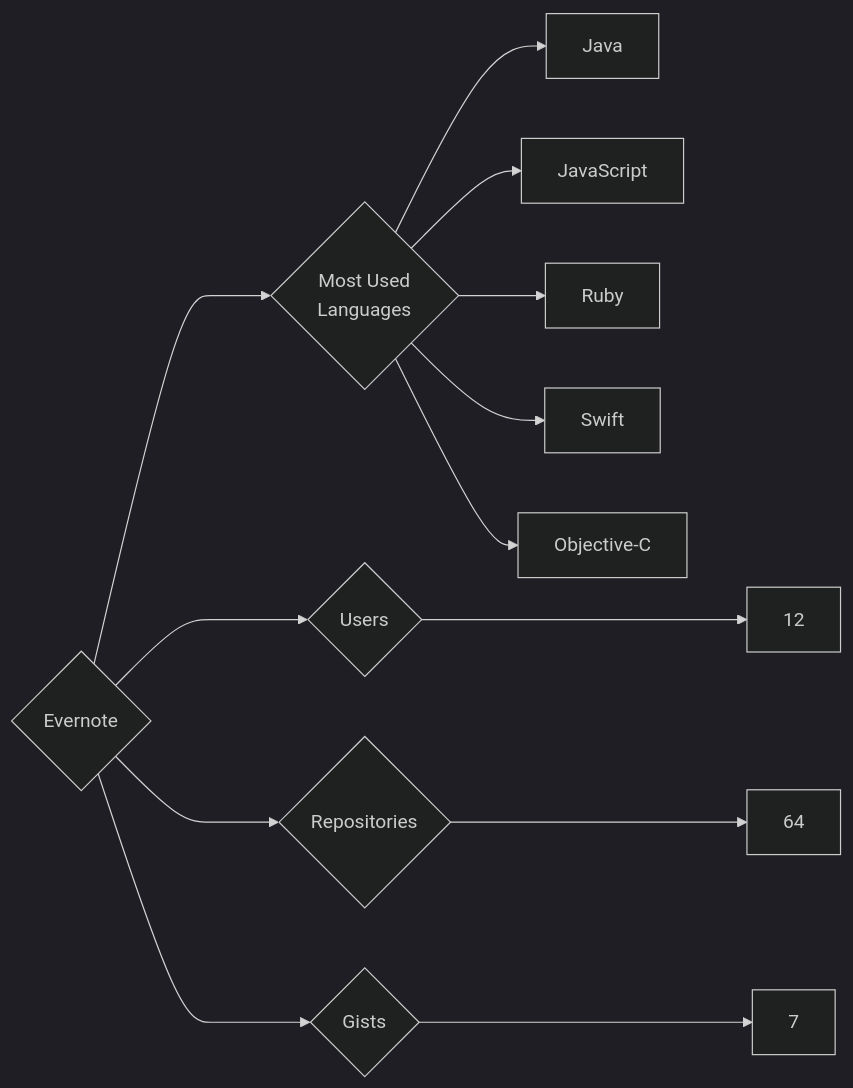
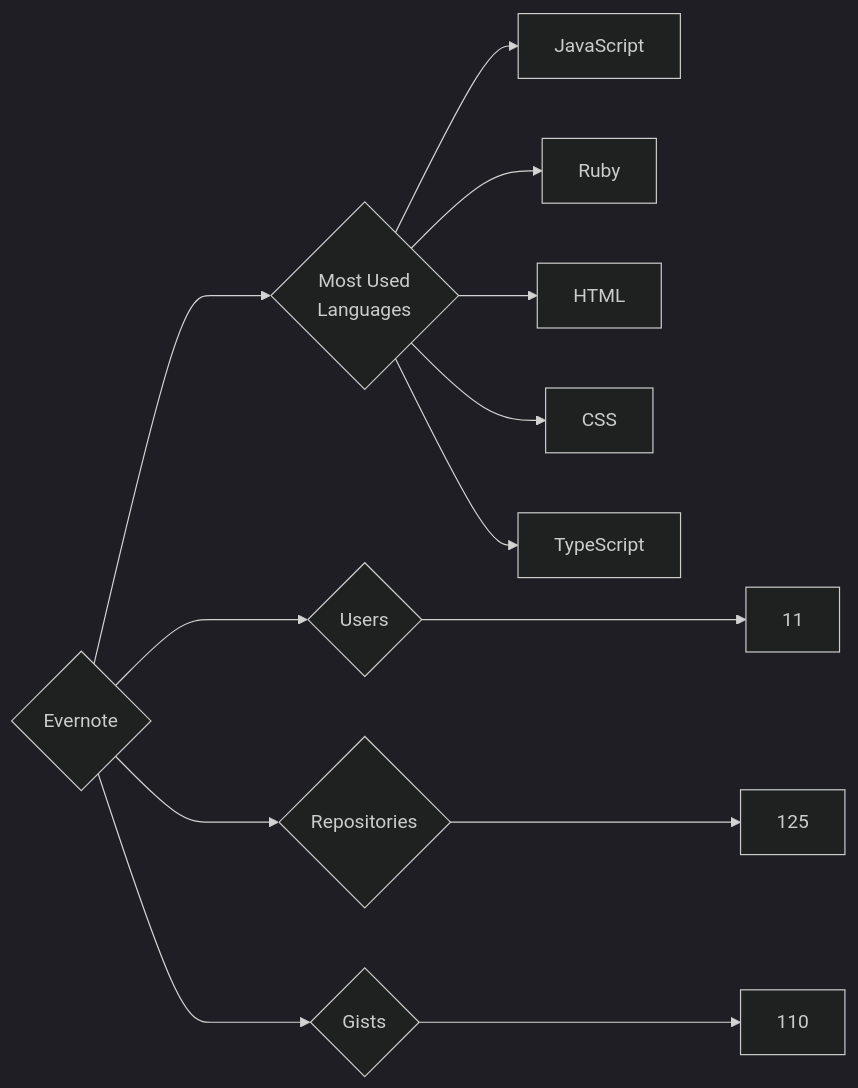
One commit to trickest/insiders changed the diagram in targets/Evernote/README.md. Above: the diagram before and after it, drawn with Mermaid (dark theme). The commit also changed 1030 other files, not shown here.

````diff
--- a/targets/Evernote/README.md
+++ b/targets/Evernote/README.md
@@ -3,13 +3,13 @@
 ```mermaid
 graph LR
 COMPANY_NAME{Evernote}
-COMPANY_NAME ---> U{Users} ---> UN[12]
-COMPANY_NAME ---> R{Repositories} ---> RN[64]
-COMPANY_NAME ---> G{Gists} ---> GN[7]
+COMPANY_NAME ---> U{Users} ---> UN[11]
+COMPANY_NAME ---> R{Repositories} ---> RN[125]
+COMPANY_NAME ---> G{Gists} ---> GN[110]
 COMPANY_NAME ---> ML{Most Used<br>Languages}
-ML --> Java[Java]
 ML --> JavaScript[JavaScript]
 ML --> Ruby[Ruby]
-ML --> Swift[Swift]
-ML --> Objective-C[Objective-C]
+ML --> HTML[HTML]
+ML --> CSS[CSS]
+ML --> TypeScript[TypeScript]
 ```
````
